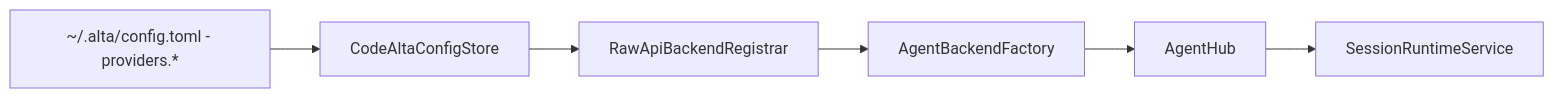
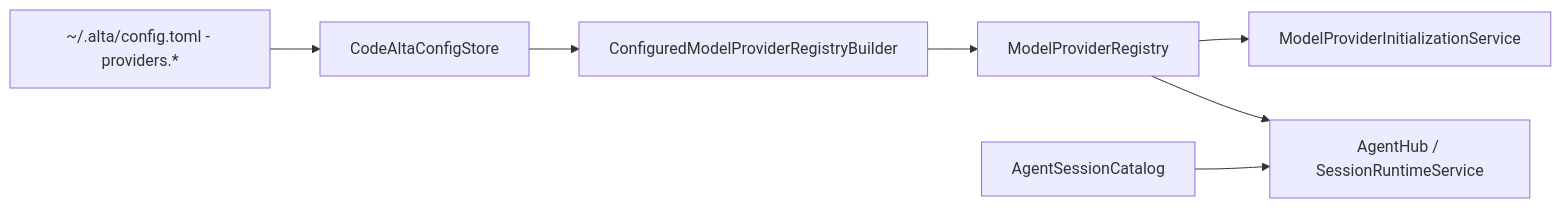
One commit to DavidAlphaFox/CodeAlta changed the first of 2 diagrams in doc/providers.md. Above: the diagram before and after it, drawn with Mermaid. The commit also changed other lines of this file and 80 other files, not shown here.

Commit message:
Update doc provider session terminology

````diff
--- a/doc/providers.md
+++ b/doc/providers.md
@@ -7,15 +7,17 @@
 ```mermaid
 flowchart LR
     Config[~/.alta/config.toml - providers.*]
     Store[CodeAltaConfigStore]
-    Registrar[RawApiBackendRegistrar]
-    Factory[AgentBackendFactory]
-    Hub[AgentHub]
-    Runtime[SessionRuntimeService]
+    Builder[ConfiguredModelProviderRegistryBuilder]
+    Registry[ModelProviderRegistry]
+    Init[ModelProviderInitializationService]
+    Runtime[AgentHub / SessionRuntimeService]
+    Catalog[AgentSessionCatalog]
 
     Config --> Store
-    Store --> Registrar
-    Registrar --> Factory
-    Factory --> Hub
-    Hub --> Runtime
+    Store --> Builder
+    Builder --> Registry
+    Registry --> Init
+    Registry --> Runtime
+    Catalog --> Runtime
 ```
````
